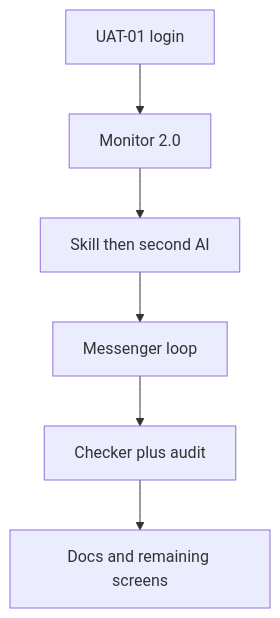
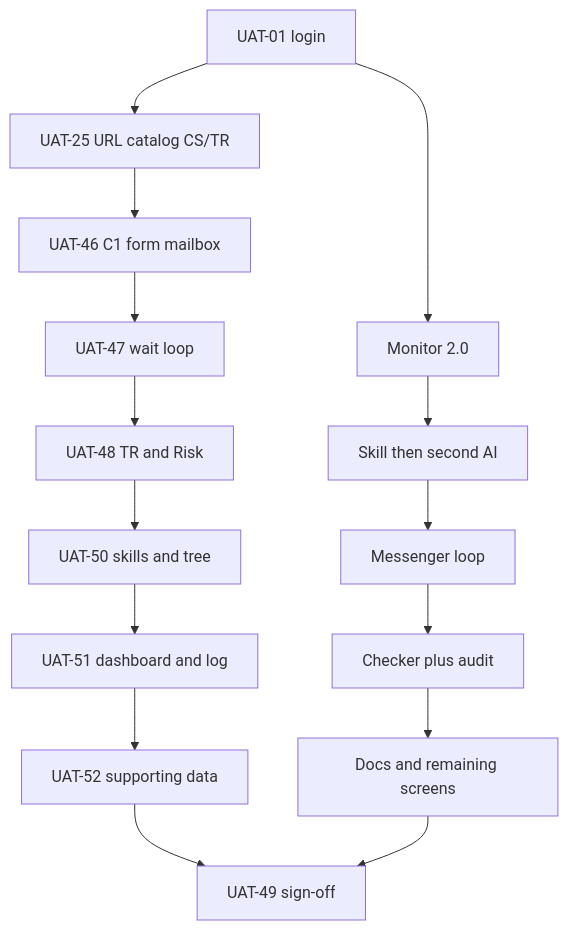
One commit to hxyan2020/PRD changed the diagram in platform/docs/UAT.md. Above: the diagram before and after it, drawn with Mermaid. The commit also changed other lines of this file and 15 other files, not shown here.

````diff
--- a/platform/docs/UAT.md
+++ b/platform/docs/UAT.md
@@ -18,8 +20,17 @@
 ```mermaid
 graph TD
   Login[UAT-01 login] --> Mon[Monitor 2.0]
   Mon --> AI[Skill then second AI]
   AI --> Msg[Messenger loop]
   Msg --> Gate[Checker plus audit]
   Gate --> Docs[Docs and remaining screens]
+  Login --> CsDoor[UAT-25 URL catalog CS/TR]
+  CsDoor --> Intake[UAT-46 C1 form mailbox]
+  Intake --> Wait[UAT-47 wait loop]
+  Wait --> Tr[UAT-48 TR and Risk]
+  Tr --> Skills[UAT-50 skills and tree]
+  Skills --> Dash[UAT-51 dashboard and log]
+  Dash --> Data[UAT-52 supporting data]
+  Data --> Sign[UAT-49 sign-off]
+  Docs --> Sign
 ```
````
